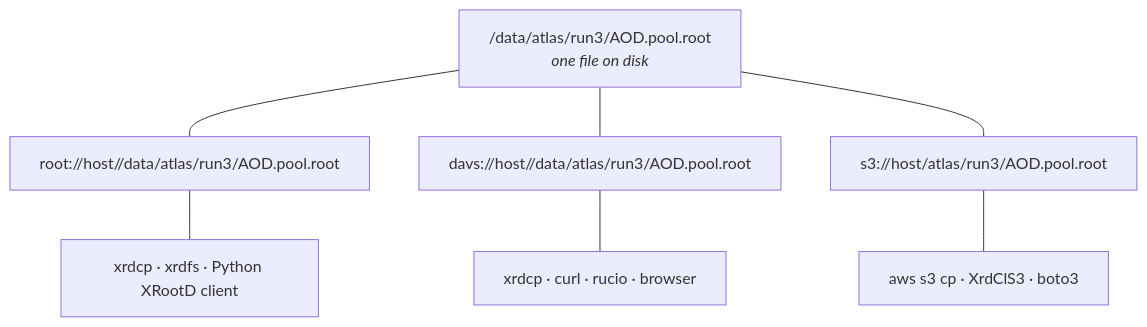
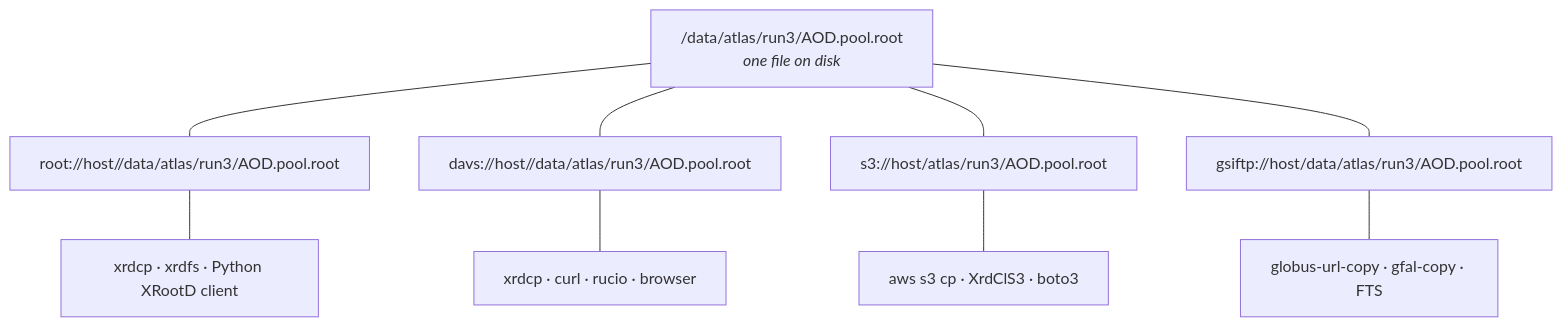
Before and after one commit to rob-c/brix-cache: the seventh of 7 diagrams in README.md, drawn with Mermaid. The commit also changed other lines of this file and 53 other files, not shown here.

````diff
--- a/README.md
+++ b/README.md
@@ -380,10 +539,12 @@
 ```mermaid
 flowchart TD
     F["/data/atlas/run3/AOD.pool.root<br/><i>one file on disk</i>"]
     F --- R["root://host//data/atlas/run3/AOD.pool.root"]
     F --- D["davs://host//data/atlas/run3/AOD.pool.root"]
     F --- S["s3://host/atlas/run3/AOD.pool.root"]
+    F --- G["gsiftp://host/data/atlas/run3/AOD.pool.root"]
     R --- RC["xrdcp · xrdfs · Python XRootD client"]
     D --- DC["xrdcp · curl · rucio · browser"]
     S --- SC["aws s3 cp · XrdClS3 · boto3"]
+    G --- GC["globus-url-copy · gfal-copy · FTS"]
 ```
````
